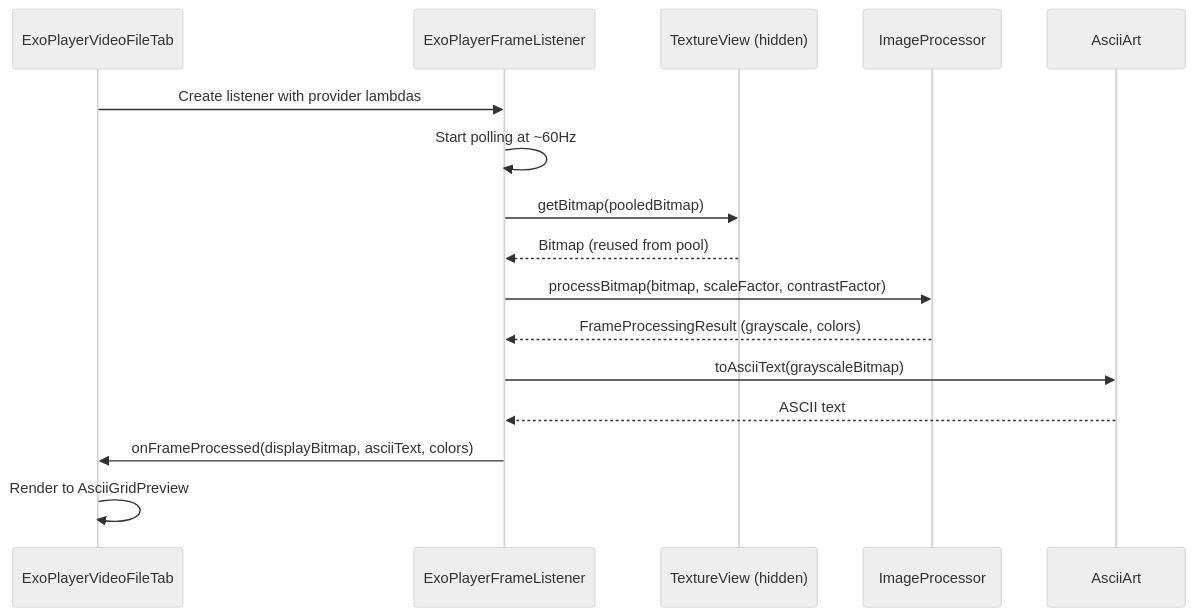
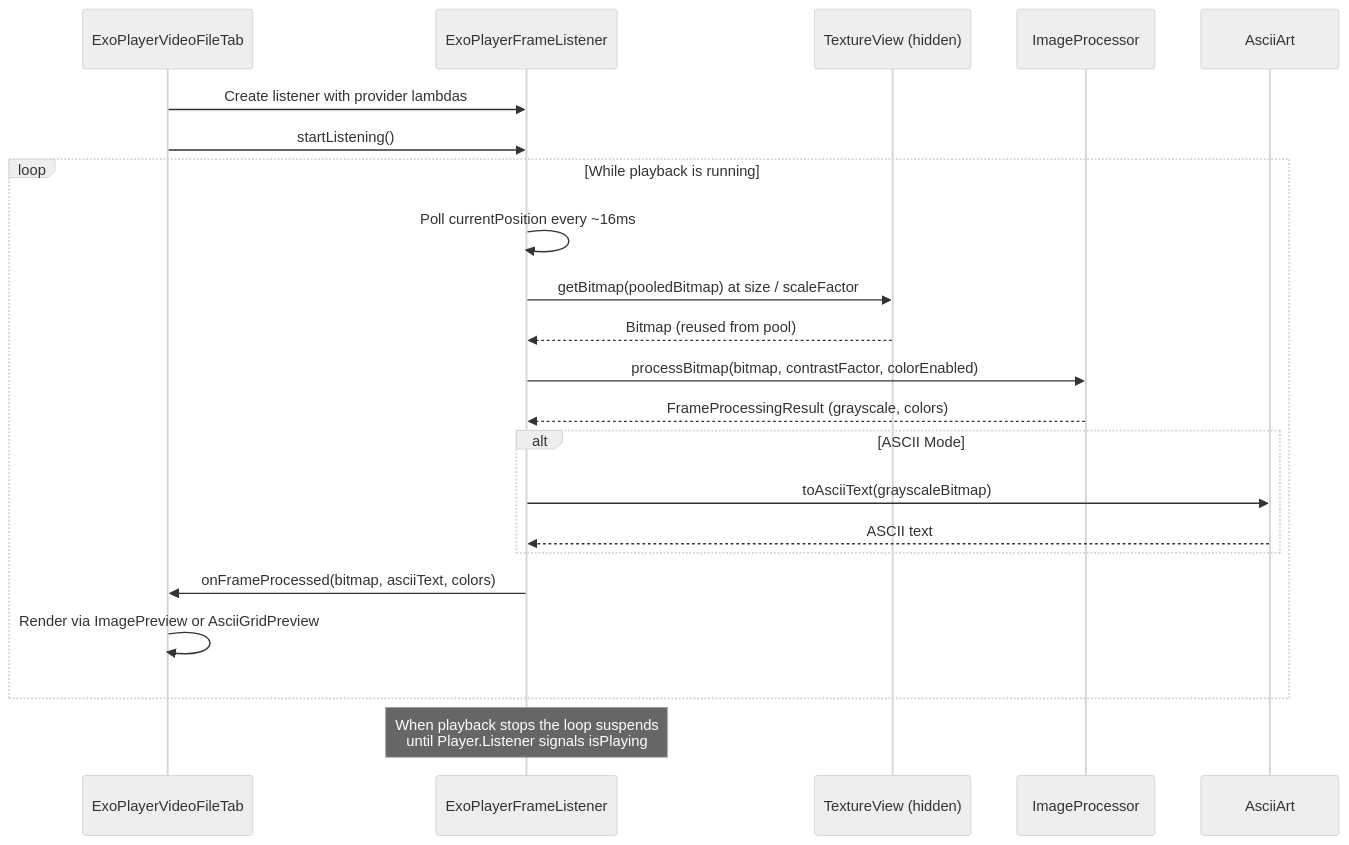
The third of 5 diagrams in README.md (replicant1/AsciiArt), drawn with Mermaid (neutral theme) before and after one commit. The commit also changed other lines of this file and 8 other files, not shown here.

First line of the commit message:
Bring the README and architecture diagrams back in line with the code

````diff
--- a/README.md
+++ b/README.md
@@ -223,19 +152,25 @@
 ```mermaid
 sequenceDiagram
     participant UI as ExoPlayerVideoFileTab
     participant EFL as ExoPlayerFrameListener
     participant TV as TextureView (hidden)
     participant IP as ImageProcessor
     participant AA as AsciiArt
-    
+
     UI->>EFL: Create listener with provider lambdas
-    EFL->>EFL: Start polling at ~60Hz
-    EFL->>TV: getBitmap(pooledBitmap)
-    TV-->>EFL: Bitmap (reused from pool)
-    EFL->>IP: processBitmap(bitmap, scaleFactor, contrastFactor)
-    IP-->>EFL: FrameProcessingResult (grayscale, colors)
-    EFL->>AA: toAsciiText(grayscaleBitmap)
-    AA-->>EFL: ASCII text
-    EFL->>UI: onFrameProcessed(displayBitmap, asciiText, colors)
-    UI->>UI: Render to AsciiGridPreview
+    UI->>EFL: startListening()
+    loop While playback is running
+        EFL->>EFL: Poll currentPosition every ~16ms
+        EFL->>TV: getBitmap(pooledBitmap) at size / scaleFactor
+        TV-->>EFL: Bitmap (reused from pool)
+        EFL->>IP: processBitmap(bitmap, contrastFactor, colorEnabled)
+        IP-->>EFL: FrameProcessingResult (grayscale, colors)
+        alt ASCII Mode
+            EFL->>AA: toAsciiText(grayscaleBitmap)
+            AA-->>EFL: ASCII text
+        end
+        EFL->>UI: onFrameProcessed(bitmap, asciiText, colors)
+        UI->>UI: Render via ImagePreview or AsciiGridPreview
+    end
+    Note over EFL: When playback stops the loop suspends<br/>until Player.Listener signals isPlaying
 ```
````
